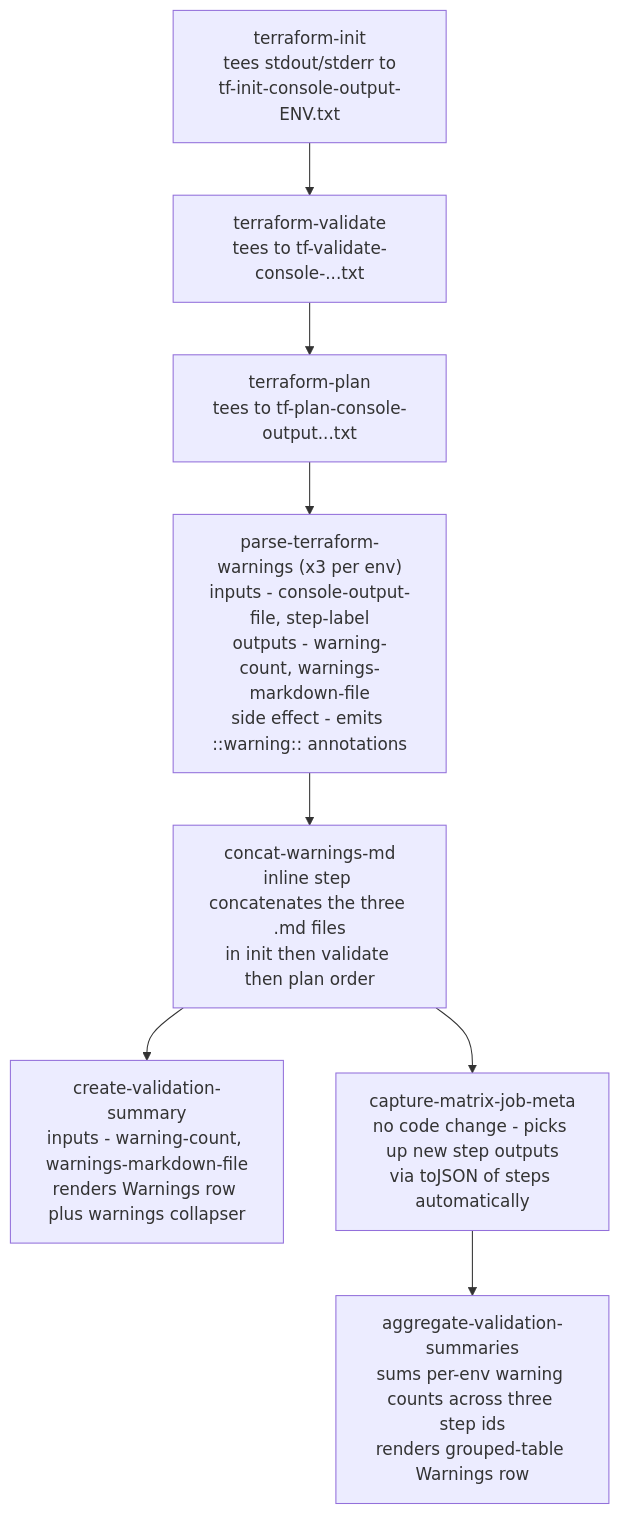
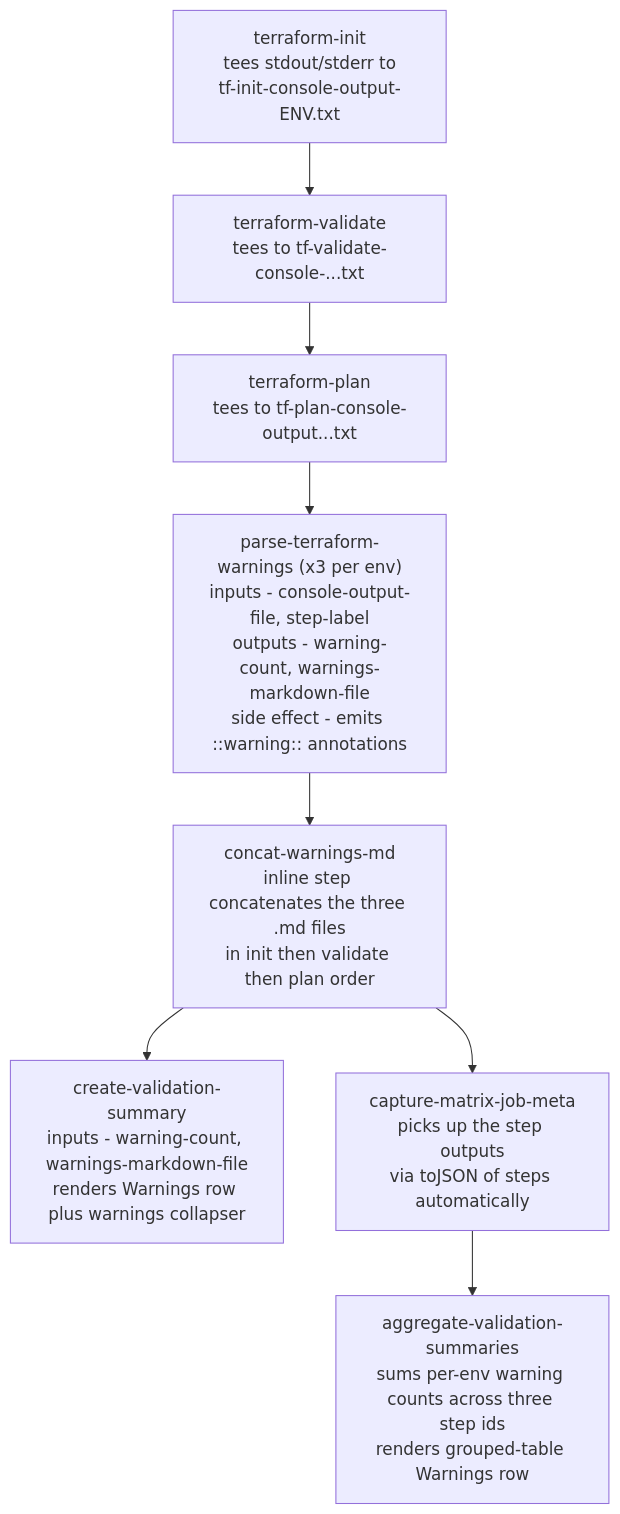
Before and after one commit to dsb-norge/github-actions-terraform: the diagram in docs/Plan-warnings.md, drawn with Mermaid. The commit also changed other lines of this file, not shown here.

````diff
--- a/docs/Plan-warnings.md
+++ b/docs/Plan-warnings.md
@@ -15,15 +15,15 @@
 ```mermaid
 flowchart TD
     init["terraform-init<br>tees stdout/stderr to<br>tf-init-console-output-ENV.txt"]
     validate["terraform-validate<br>tees to tf-validate-console-...txt"]
     plan["terraform-plan<br>tees to tf-plan-console-output...txt"]
     parse["parse-terraform-warnings (x3 per env)<br>inputs - console-output-file, step-label<br>outputs - warning-count, warnings-markdown-file<br>side effect - emits ::warning:: annotations"]
     concat["concat-warnings-md<br>inline step concatenates the three .md files<br>in init then validate then plan order"]
     summary["create-validation-summary<br>inputs - warning-count, warnings-markdown-file<br>renders Warnings row plus warnings collapser"]
-    capture["capture-matrix-job-meta<br>no code change - picks up new step outputs<br>via toJSON of steps automatically"]
+    capture["capture-matrix-job-meta<br>picks up the step outputs<br>via toJSON of steps automatically"]
     aggregate["aggregate-validation-summaries<br>sums per-env warning counts across three step ids<br>renders grouped-table Warnings row"]
 
     init --> validate --> plan --> parse --> concat
     concat --> summary
     concat --> capture --> aggregate
 ```
````
